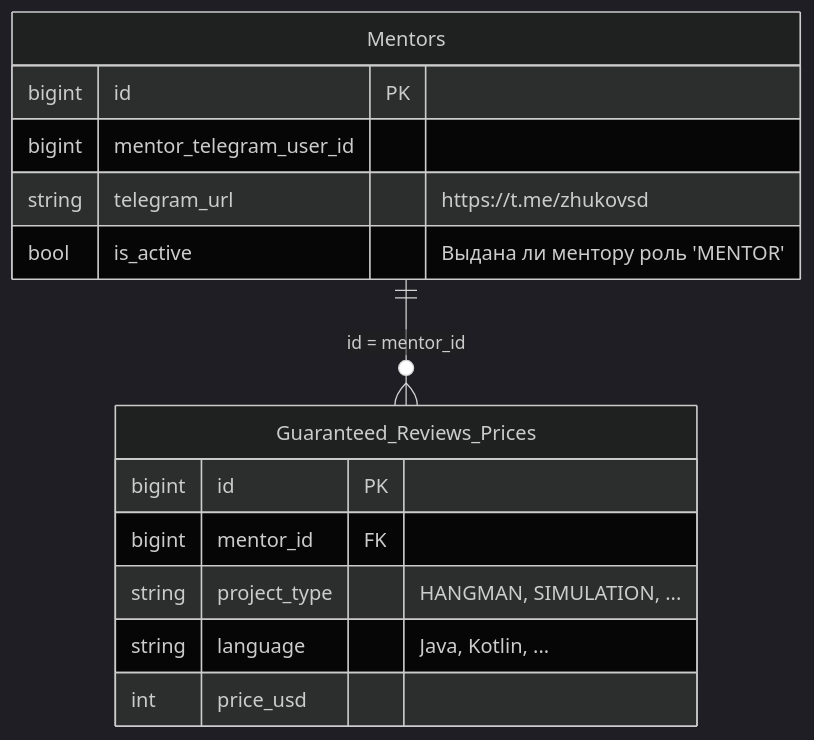
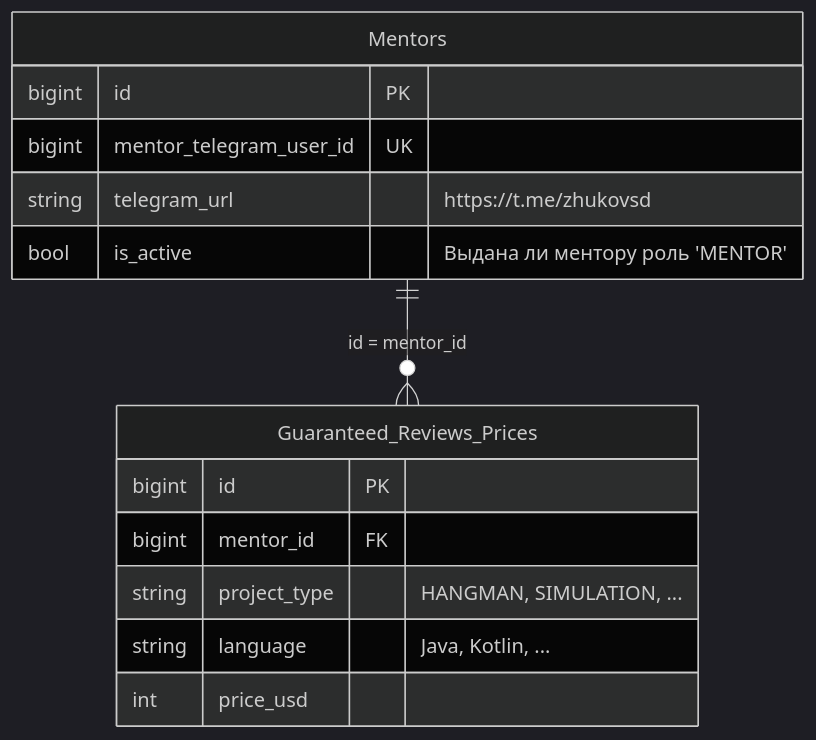
Before and after one commit to it-mentor-community-platform/meta: the diagram in system-analytics/services/mentor-service/index.md, drawn with Mermaid (dark theme). The commit also changed other lines of this file, not shown here.

Commit message:
system analytics: mentor service - уникальный индекс на телеграм айди ментора
Added unique index on mentor_telegram_user_id for mentor uniqueness validation.

````diff
--- a/system-analytics/services/mentor-service/index.md
+++ b/system-analytics/services/mentor-service/index.md
@@ -16,19 +16,19 @@
 ```mermaid
 erDiagram
     Mentors {
         bigint id PK
-        bigint mentor_telegram_user_id
+        bigint mentor_telegram_user_id UK
         string telegram_url "https://t.me/zhukovsd"
         bool is_active "Выдана ли ментору роль 'MENTOR'"
     }
 
     Guaranteed_Reviews_Prices {
         bigint id PK
         bigint mentor_id FK
         string project_type "HANGMAN, SIMULATION, ..."
         string language "Java, Kotlin, ..."
         int price_usd 
     }
 
     Mentors ||--o{ Guaranteed_Reviews_Prices : "id = mentor_id"
 ```
````
